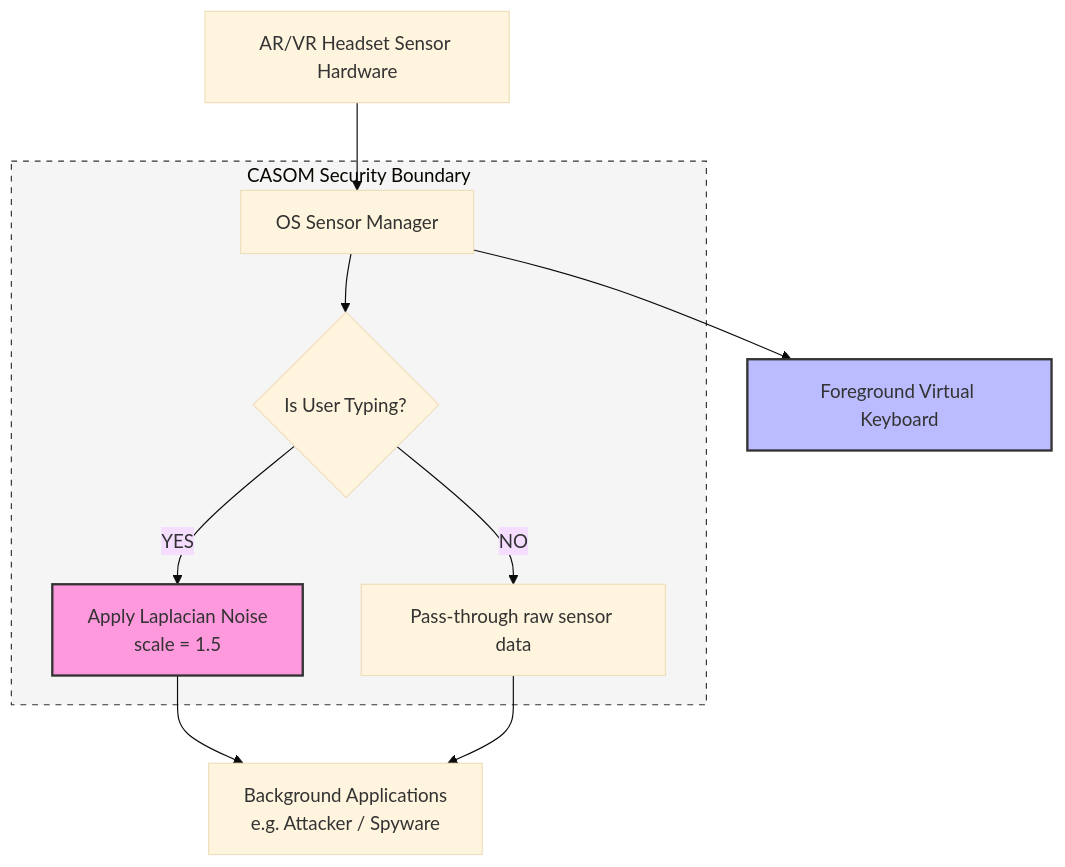
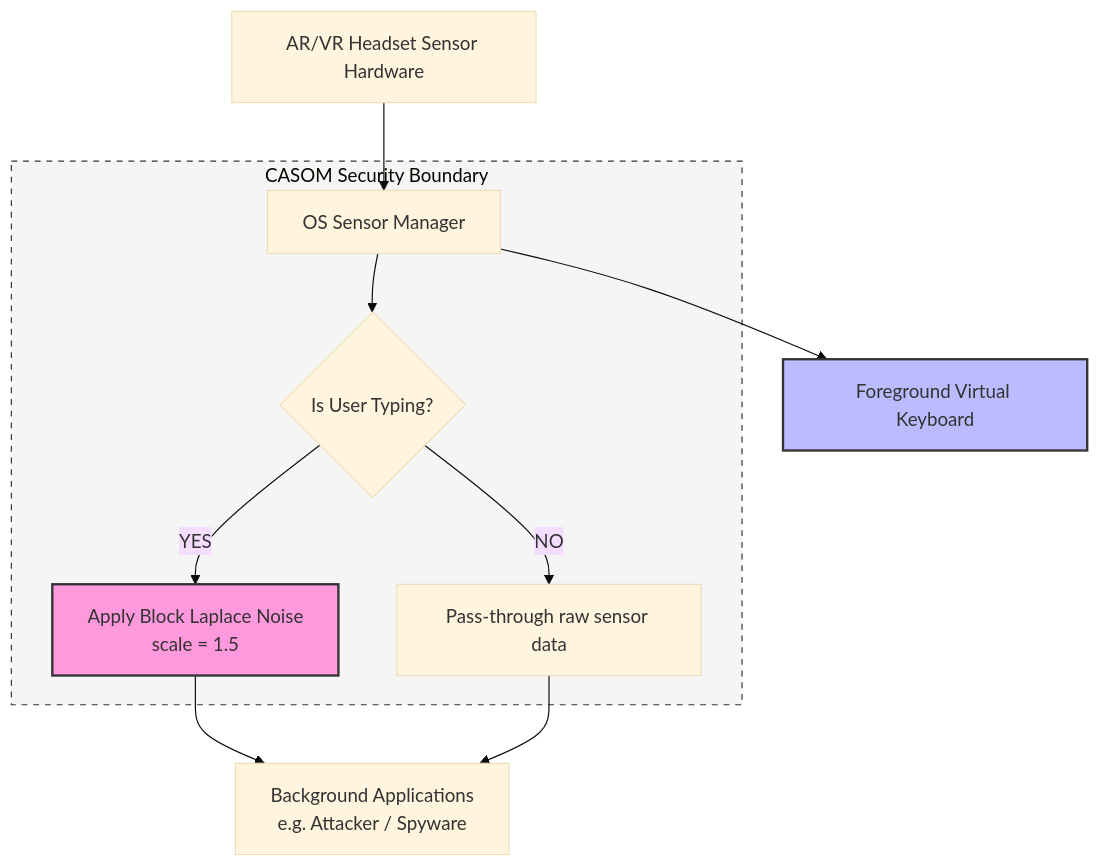
The diagram in solution.md (AzDevops143/CSIEEE), drawn with Mermaid (base theme) before and after one commit. The commit also changed other lines of this file and 13 other files, not shown here.

````diff
--- a/solution.md
+++ b/solution.md
@@ -42,19 +58,19 @@
 ```mermaid
 flowchart TD
     A[AR/VR Headset Sensor Hardware] --> B[OS Sensor Manager]
     
     subgraph CASOM [CASOM Security Boundary]
         B --> C{Is User Typing?}
-        C -- YES --> D[Apply Laplacian Noise <br> scale = 1.5]
+        C -- YES --> D[Apply Block Laplace Noise <br> scale = 1.5]
         C -- NO --> E[Pass-through raw sensor data]
     end
     
     D --> F[Background Applications <br> e.g. Attacker / Spyware]
     E --> F
     
     B --> G[Foreground Virtual Keyboard]
     
     style D fill:#f9d,stroke:#333,stroke-width:2px
     style G fill:#bbf,stroke:#333,stroke-width:2px
     style CASOM fill:#f5f5f5,stroke:#333,stroke-dasharray: 5 5
 ```
````
